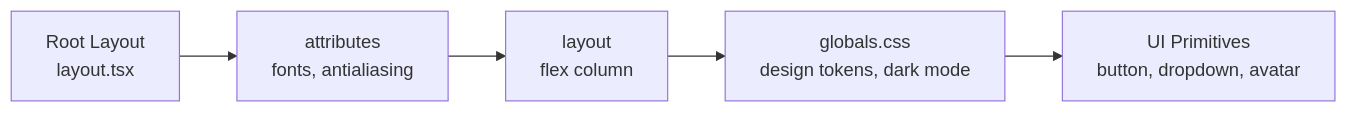
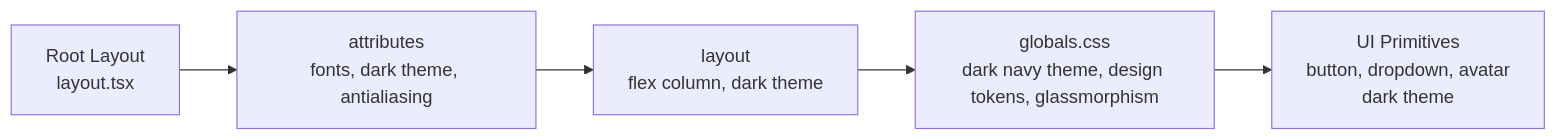
Before and after one commit to alikizang/datafrica: the sixth of 8 diagrams in .qoder/repowiki/en/content/UI Components/Layout Components.md, drawn with Mermaid. The commit also changed other lines of this file and 15 other files, not shown here.

````diff
--- a/.qoder/repowiki/en/content/UI Components/Layout Components.md
+++ b/.qoder/repowiki/en/content/UI Components/Layout Components.md
@@ -256,7 +308,7 @@
 ```mermaid
 graph LR
-LYT["Root Layout<br/>layout.tsx"] --> HTML["<html> attributes<br/>fonts, antialiasing"]
-HTML --> BODY["<body> layout<br/>flex column"]
-BODY --> CSS["globals.css<br/>design tokens, dark mode"]
-CSS --> UI["UI Primitives<br/>button, dropdown, avatar"]
+LYT["Root Layout<br/>layout.tsx"] --> HTML["<html> attributes<br/>fonts, dark theme, antialiasing"]
+HTML --> BODY["<body> layout<br/>flex column, dark theme"]
+BODY --> CSS["globals.css<br/>dark navy theme, design tokens, glassmorphism"]
+CSS --> UI["UI Primitives<br/>button, dropdown, avatar<br/>dark theme"]
 ```
````
